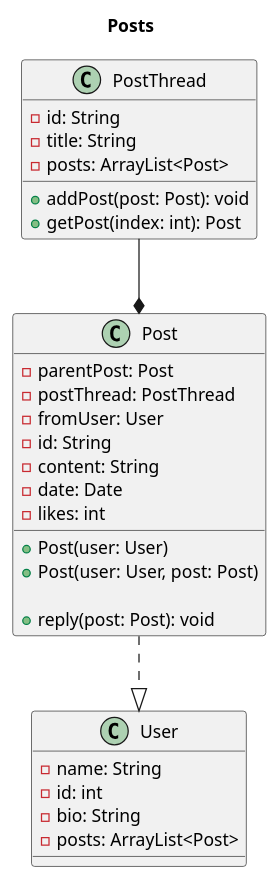
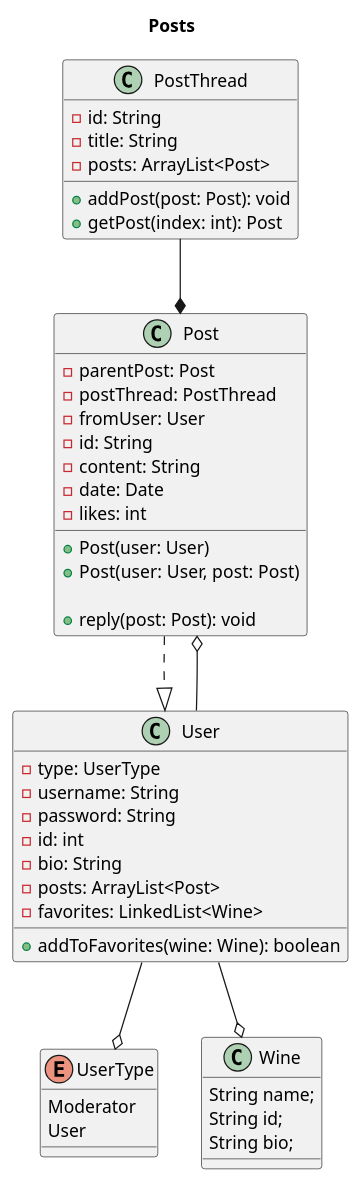
The diagram in project_documents/UML/PostClassDiagram.puml (dawsonjc/bd-team-project-libratum), drawn with PlantUML before and after one commit. The commit also changed other lines of this file and 18 other files, not shown here.

```diff
--- a/project_documents/UML/PostClassDiagram.puml
+++ b/project_documents/UML/PostClassDiagram.puml
@@ -1,40 +1,63 @@
 @startuml
 'https://plantuml.com/class-diagram
 title Posts
 
 class PostThread {
     - id: String
     - title: String
     - posts: ArrayList<Post>
 
     + addPost(post: Post): void
     + getPost(index: int): Post
 }
 
 Post ..|> User
 PostThread --* Post
 
 class Post {
     - parentPost: Post
     - postThread: PostThread
     - fromUser: User
     - id: String
     - content: String
     - date: Date
     - likes: int
 
 
     + Post(user: User)
     + Post(user: User, post: Post)
 
     + reply(post: Post): void
 }
 
+
+enum UserType {
+   Moderator
+   User
+   'rank System?
+}
+
 class User {
-    - name: String
+    - type: UserType
+    - username: String
+    - password: String
     - id: int
     - bio: String
     - posts: ArrayList<Post>
+    - favorites: LinkedList<Wine>
+
+    + addToFavorites(wine: Wine): boolean
+}
+class Wine {
+String name;
+String id;
+String bio;
 }
 
+class Post {}
+
+User --o UserType
+User --o Post
+User --o Wine
+
 @enduml
```
